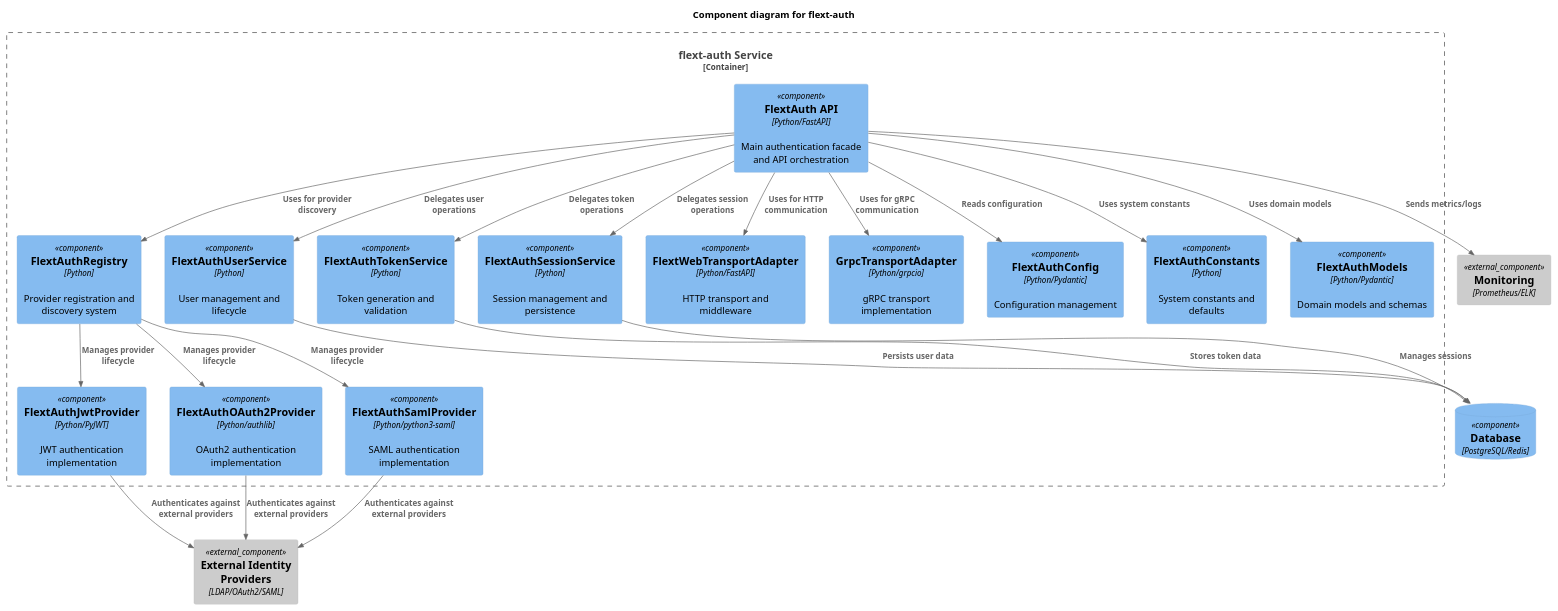
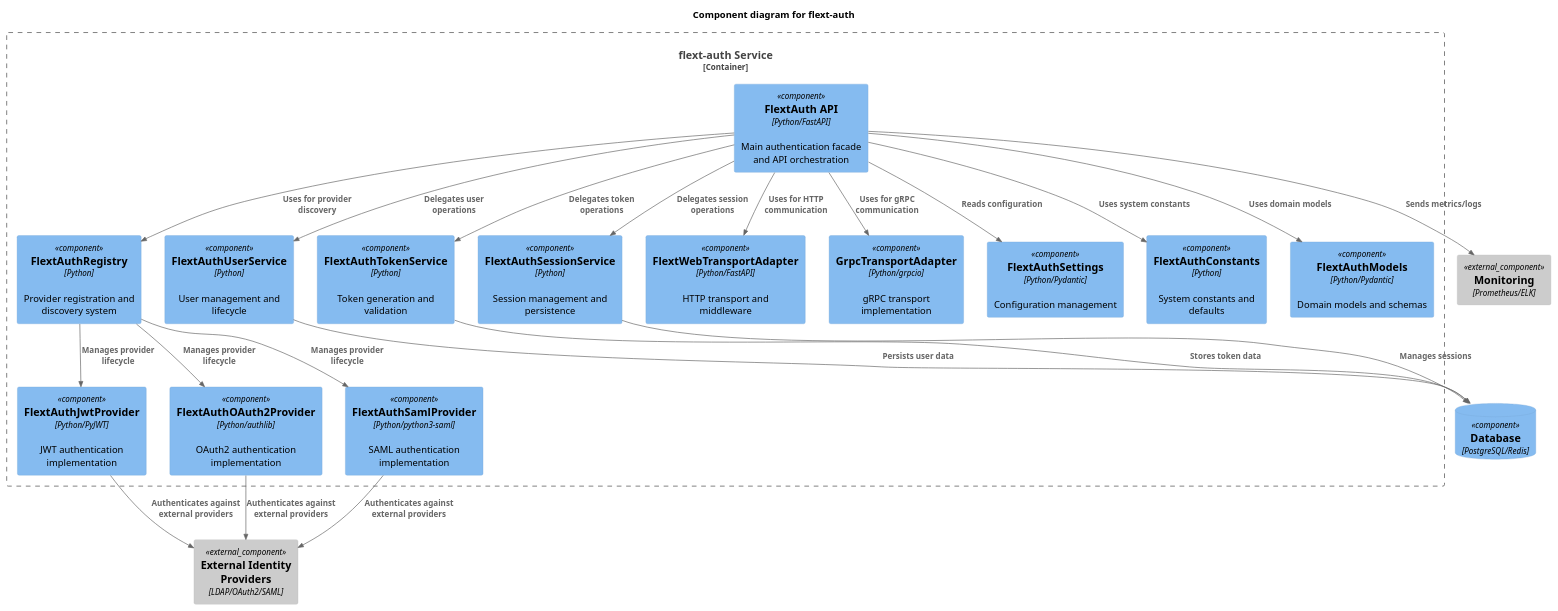
One commit to flext-sh/flext-auth changed the diagram in docs/architecture/diagrams/plantuml/component-architecture.puml. Above: the diagram before and after it, drawn with PlantUML. The commit also changed 31 other files, not shown here.

```diff
--- a/docs/architecture/diagrams/plantuml/component-architecture.puml
+++ b/docs/architecture/diagrams/plantuml/component-architecture.puml
@@ -1,58 +1,58 @@
 @startuml Component Architecture
 !include https://raw.githubusercontent.com/plantuml-stdlib/C4-PlantUML/master/C4_Component.puml
 
 title Component diagram for flext-auth
 
 Container_Boundary(auth_service, "flext-auth Service") {
 
     Component(api_facade, "FlextAuth API", "Python/FastAPI", "Main authentication facade and API orchestration")
 
     Component(provider_registry, "FlextAuthRegistry", "Python", "Provider registration and discovery system")
 
     Component(jwt_provider, "FlextAuthJwtProvider", "Python/PyJWT", "JWT authentication implementation")
     Component(oauth2_provider, "FlextAuthOAuth2Provider", "Python/authlib", "OAuth2 authentication implementation")
     Component(saml_provider, "FlextAuthSamlProvider", "Python/python3-saml", "SAML authentication implementation")
 
     Component(user_service, "FlextAuthUserService", "Python", "User management and lifecycle")
     Component(token_service, "FlextAuthTokenService", "Python", "Token generation and validation")
     Component(session_service, "FlextAuthSessionService", "Python", "Session management and persistence")
 
     Component(http_transport, "FlextWebTransportAdapter", "Python/FastAPI", "HTTP transport and middleware")
     Component(grpc_transport, "GrpcTransportAdapter", "Python/grpcio", "gRPC transport implementation")
 
-    Component(config, "FlextAuthConfig", "Python/Pydantic", "Configuration management")
+    Component(config, "FlextAuthSettings", "Python/Pydantic", "Configuration management")
     Component(constants, "FlextAuthConstants", "Python", "System constants and defaults")
     Component(models, "FlextAuthModels", "Python/Pydantic", "Domain models and schemas")
 }
 
 Component_Ext(ext_identity, "External Identity Providers", "LDAP/OAuth2/SAML")
 ComponentDb(database, "Database", "PostgreSQL/Redis")
 Component_Ext(monitoring, "Monitoring", "Prometheus/ELK")
 
 Rel(api_facade, provider_registry, "Uses for provider discovery")
 Rel(api_facade, user_service, "Delegates user operations")
 Rel(api_facade, token_service, "Delegates token operations")
 Rel(api_facade, session_service, "Delegates session operations")
 
 Rel(provider_registry, jwt_provider, "Manages provider lifecycle")
 Rel(provider_registry, oauth2_provider, "Manages provider lifecycle")
 Rel(provider_registry, saml_provider, "Manages provider lifecycle")
 
 Rel(jwt_provider, ext_identity, "Authenticates against external providers")
 Rel(oauth2_provider, ext_identity, "Authenticates against external providers")
 Rel(saml_provider, ext_identity, "Authenticates against external providers")
 
 Rel(user_service, database, "Persists user data")
 Rel(token_service, database, "Stores token data")
 Rel(session_service, database, "Manages sessions")
 
 Rel(api_facade, http_transport, "Uses for HTTP communication")
 Rel(api_facade, grpc_transport, "Uses for gRPC communication")
 
 Rel(api_facade, config, "Reads configuration")
 Rel(api_facade, constants, "Uses system constants")
 Rel(api_facade, models, "Uses domain models")
 
 Rel(api_facade, monitoring, "Sends metrics/logs")
 
 @enduml
```
